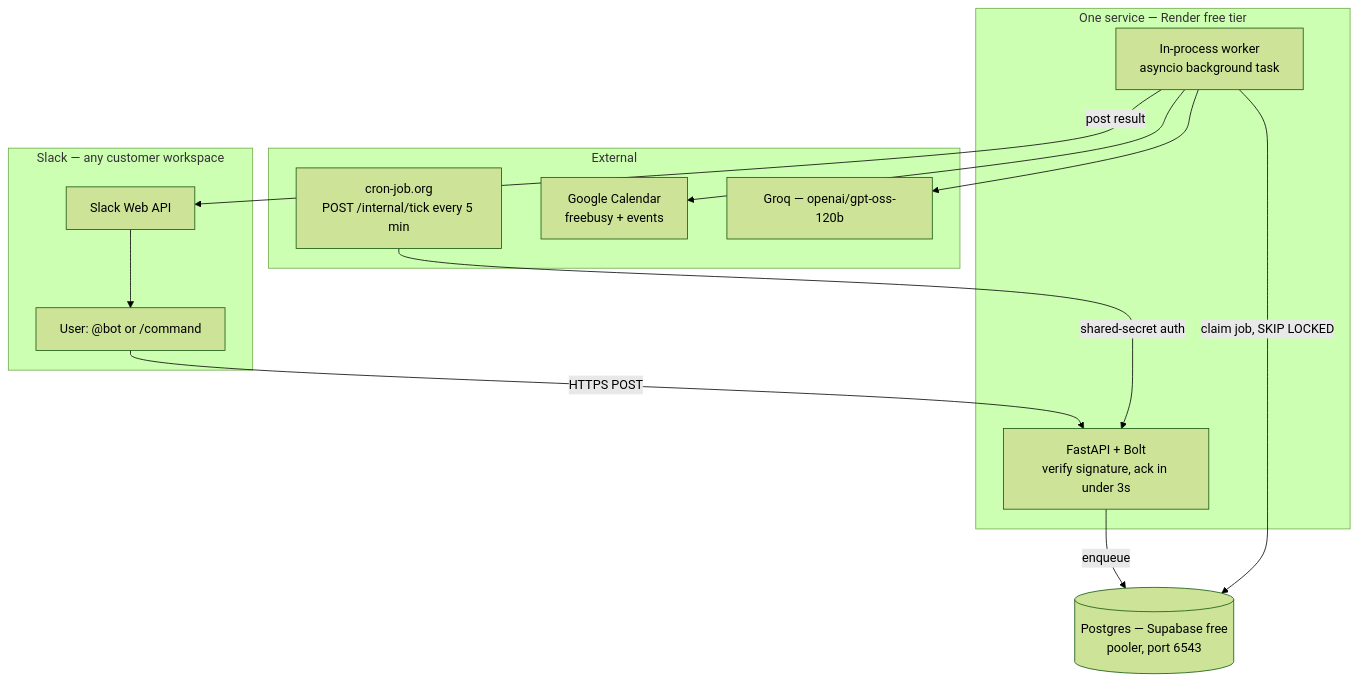
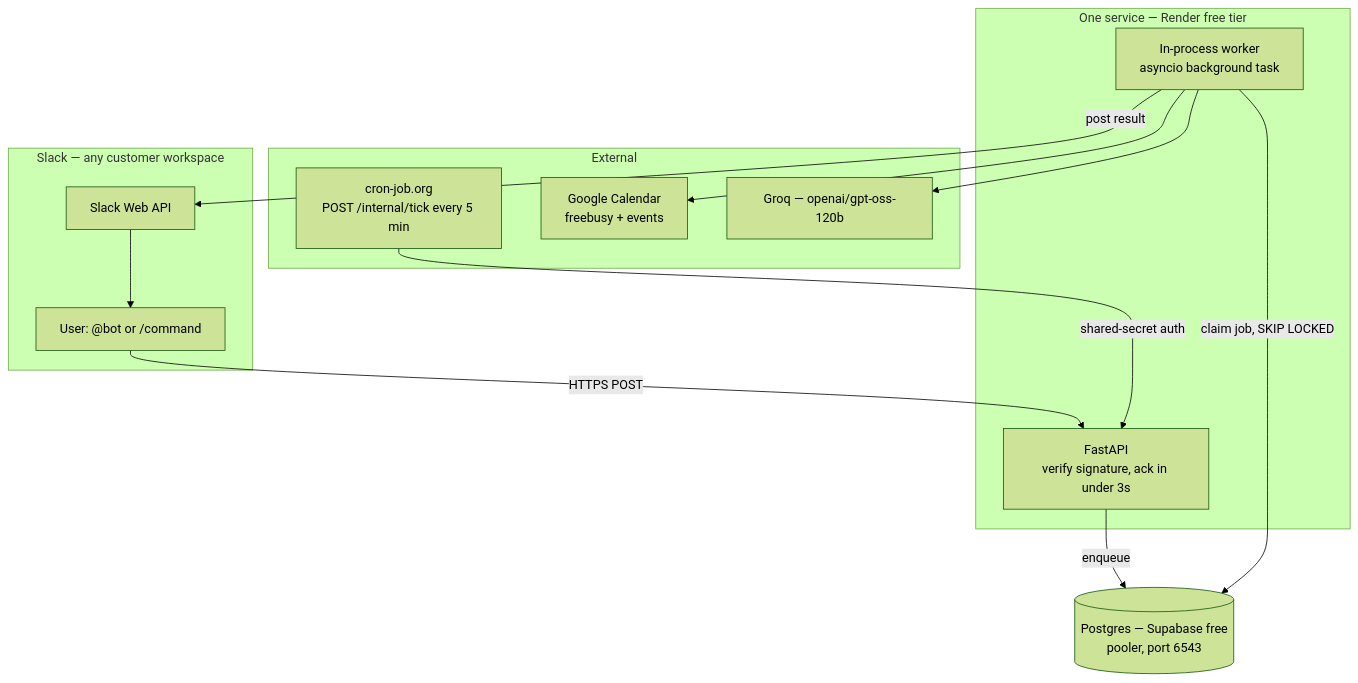
Before and after one commit to kautum/hound-bot: the first of 2 diagrams in ARCHITECTURE.md, drawn with Mermaid (forest theme). The commit also changed other lines of this file and 10 other files, not shown here.

````diff
--- a/ARCHITECTURE.md
+++ b/ARCHITECTURE.md
@@ -41,29 +41,29 @@
 ```mermaid
 flowchart TB
     subgraph SL["Slack — any customer workspace"]
         SU["User: @bot or /command"]
         SAPI["Slack Web API"]
     end
 
     subgraph OURS["One service — Render free tier"]
-        WEB["FastAPI + Bolt<br/>verify signature, ack in under 3s"]
+        WEB["FastAPI<br/>verify signature, ack in under 3s"]
         WORKER["In-process worker<br/>asyncio background task"]
     end
 
     DB[("Postgres — Supabase free<br/>pooler, port 6543")]
 
     subgraph EXT["External"]
         CRON["cron-job.org<br/>POST /internal/tick every 5 min"]
         GCAL["Google Calendar<br/>freebusy + events"]
         LLM["Groq — openai/gpt-oss-120b"]
     end
 
     SU -->|"HTTPS POST"| WEB
     WEB -->|"enqueue"| DB
     CRON -->|"shared-secret auth"| WEB
     WORKER -->|"claim job, SKIP LOCKED"| DB
     WORKER --> GCAL
     WORKER --> LLM
     WORKER -->|"post result"| SAPI
     SAPI --> SU
 ```
````
